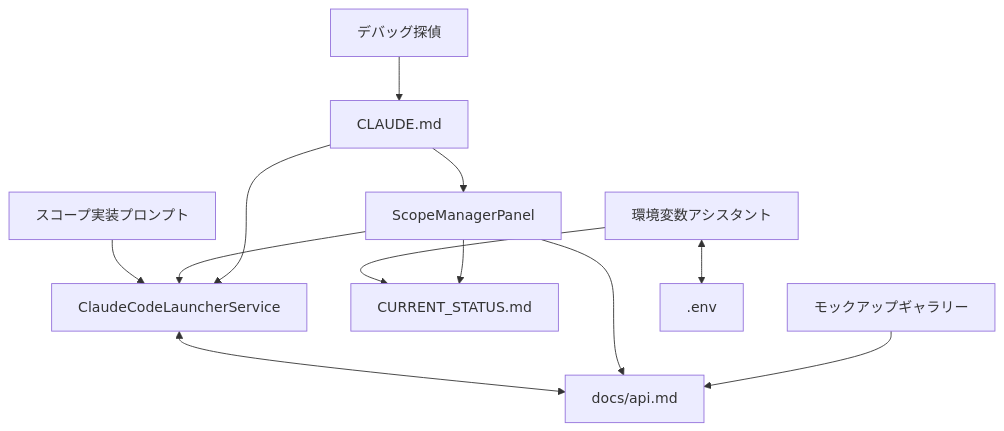
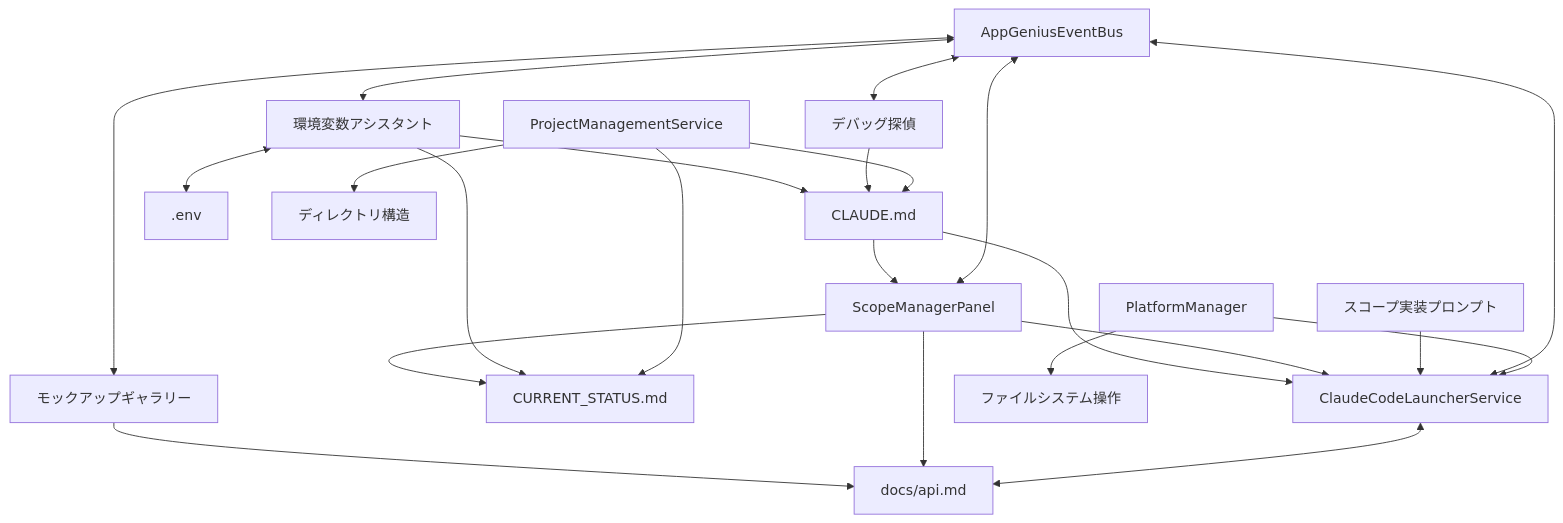
One commit to yamatovision/GeniusAPP changed the diagram in TOOLKIT.md. Above: the diagram before and after it, drawn with Mermaid. The commit also changed other lines of this file and 30 other files, not shown here.

````diff
--- a/TOOLKIT.md
+++ b/TOOLKIT.md
@@ -15,14 +18,25 @@
 ```mermaid
 graph TD
     A[CLAUDE.md] --> B[ClaudeCodeLauncherService]
     A --> C[ScopeManagerPanel]
     C --> D[CURRENT_STATUS.md]
     C --> B
     E[スコープ実装プロンプト] --> B
     F[環境変数アシスタント] --> D
+    F --> A
     G[デバッグ探偵] --> A
     H[モックアップギャラリー] --> I[docs/api.md]
     C --> I
     B <--> I
     F <--> J[.env]
+    K[AppGeniusEventBus] <--> B
+    K <--> C
+    K <--> F
+    K <--> G
+    K <--> H
+    L[ProjectManagementService] --> A
+    L --> D
+    L --> M[ディレクトリ構造]
+    N[PlatformManager] --> B
+    N --> O[ファイルシステム操作]
 ```
````
